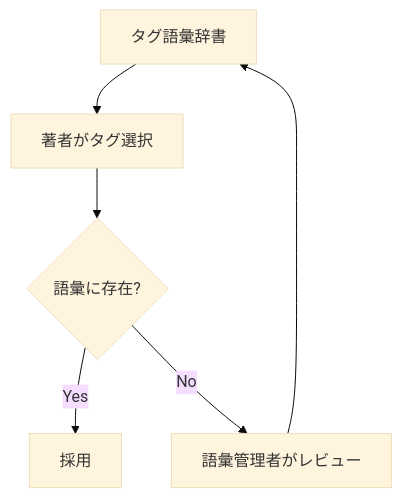
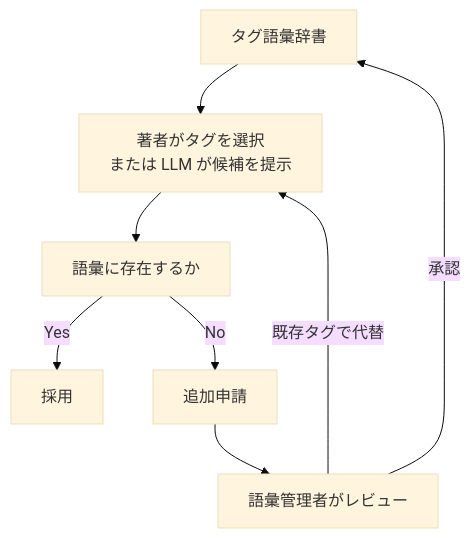
One commit to mike-sugimoto/ai-tech-notes changed the diagram in src/content/docs/data-modeling/yaml-tags.md. Above: the diagram before and after it, drawn with Mermaid (base theme). The commit also changed other lines of this file and 4 other files, not shown here.

````diff
--- a/src/content/docs/data-modeling/yaml-tags.md
+++ b/src/content/docs/data-modeling/yaml-tags.md
@@ -34,8 +73,10 @@
 ```mermaid
 flowchart TB
-    VOCAB[タグ語彙辞書] --> A[著者がタグ選択]
-    A --> VAL{語彙に存在?}
+    VOCAB[タグ語彙辞書] --> A[著者がタグを選択<br/>または LLM が候補を提示]
+    A --> VAL[語彙に存在するか]
     VAL -->|Yes| OK[採用]
-    VAL -->|No| REV[語彙管理者がレビュー]
-    REV --> VOCAB
+    VAL -->|No| REQ[追加申請]
+    REQ --> REV[語彙管理者がレビュー]
+    REV -->|承認| VOCAB
+    REV -->|既存タグで代替| A
 ```
````
